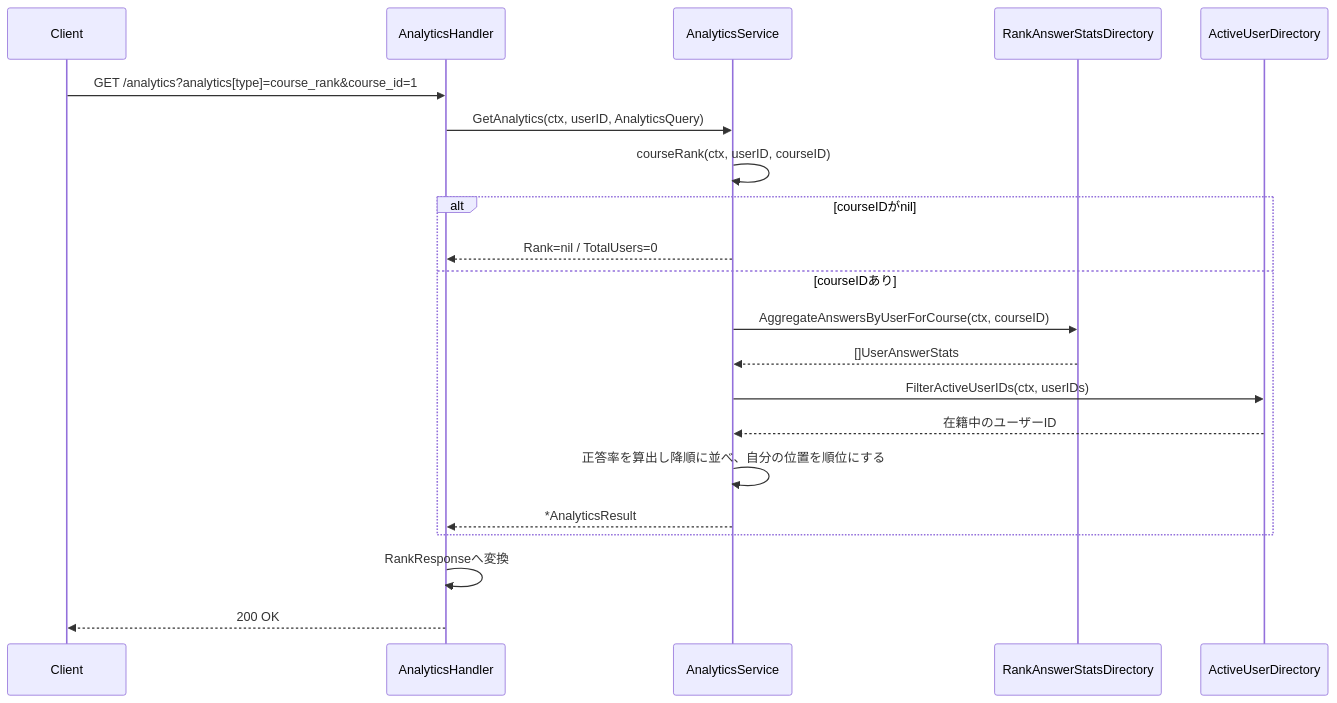
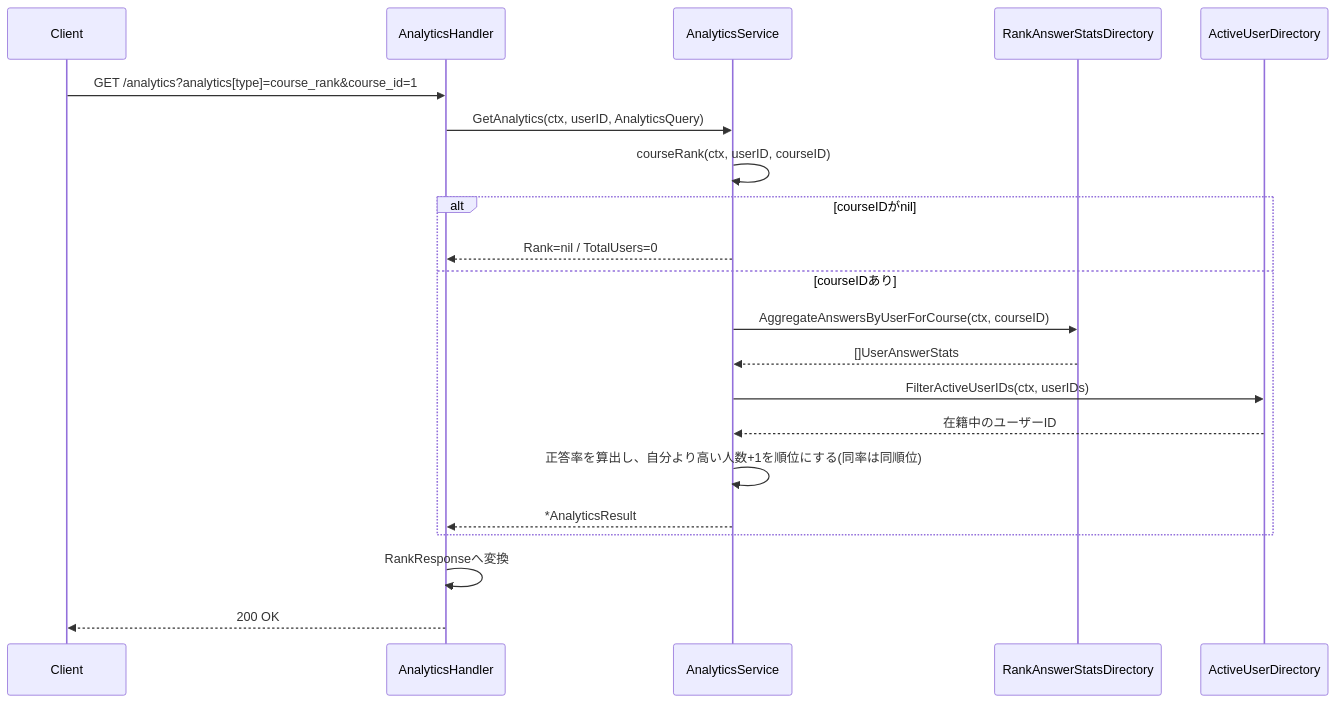
One commit to yuta20253/edu-platform-go-design changed the third of 7 diagrams in 計画書/Go実装仕様書/分析機能_Go実装仕様書_2_分析取得・期間サマリ.md. Above: the diagram before and after it, drawn with Mermaid. The commit also changed other lines of this file and 9 other files, not shown here.

````diff
--- a/計画書/Go実装仕様書/分析機能_Go実装仕様書_2_分析取得・期間サマリ.md
+++ b/計画書/Go実装仕様書/分析機能_Go実装仕様書_2_分析取得・期間サマリ.md
@@ -473,24 +473,24 @@
 ```mermaid
 sequenceDiagram
     participant C as Client
     participant H as AnalyticsHandler
     participant S as AnalyticsService
     participant RD as RankAnswerStatsDirectory
     participant AU as ActiveUserDirectory
 
     C->>H: GET /analytics?analytics[type]=course_rank&course_id=1
     H->>S: GetAnalytics(ctx, userID, AnalyticsQuery)
     S->>S: courseRank(ctx, userID, courseID)
     alt courseIDがnil
         S-->>H: Rank=nil / TotalUsers=0
     else courseIDあり
         S->>RD: AggregateAnswersByUserForCourse(ctx, courseID)
         RD-->>S: []UserAnswerStats
         S->>AU: FilterActiveUserIDs(ctx, userIDs)
         AU-->>S: 在籍中のユーザーID
-        S->>S: 正答率を算出し降順に並べ、自分の位置を順位にする
+        S->>S: 正答率を算出し、自分より高い人数+1を順位にする(同率は同順位)
         S-->>H: *AnalyticsResult
     end
     H->>H: RankResponseへ変換
     H-->>C: 200 OK
 ```
````
